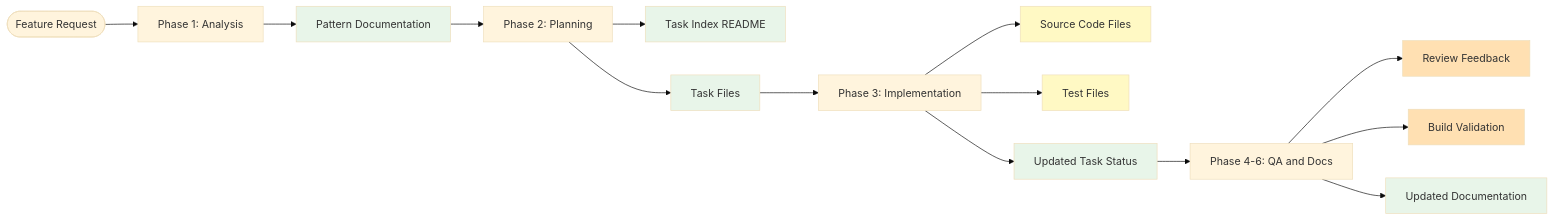
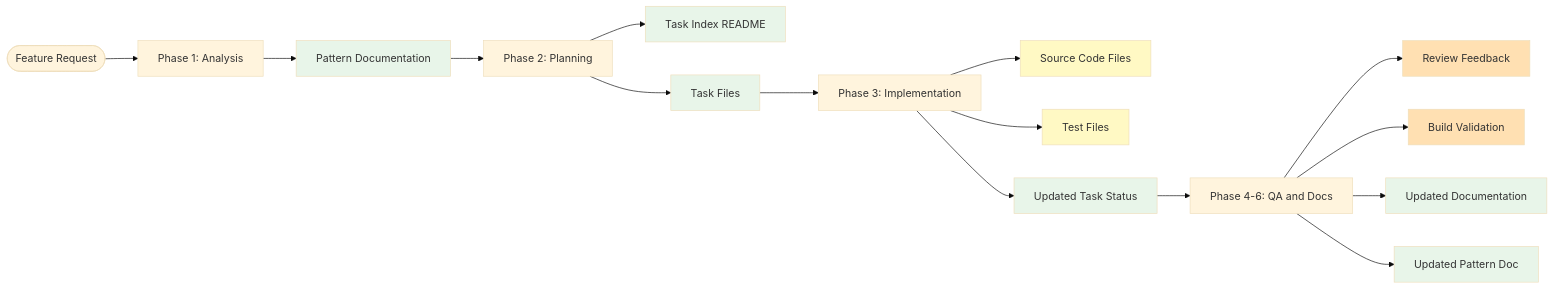
Before and after one commit to jesusidev/dotfiles: the third of 3 diagrams in opencode/.config/opencode/workflow-diagram.md, drawn with Mermaid (base theme). The commit also changed other lines of this file and 1 other file, not shown here.

First line of the commit message:
feat(opencode): update pattern documentation during documentation phase

````diff
--- a/opencode/.config/opencode/workflow-diagram.md
+++ b/opencode/.config/opencode/workflow-diagram.md
@@ -102,29 +104,31 @@
 ```mermaid
 flowchart LR
     Start([Feature Request]) --> P1[Phase 1: Analysis]
     P1 --> A1[Pattern Documentation]
     
     A1 --> P2[Phase 2: Planning]
     P2 --> A2[Task Index README]
     P2 --> A3[Task Files]
     
     A3 --> P3[Phase 3: Implementation]
     P3 --> A4[Source Code Files]
     P3 --> A5[Test Files]
     P3 --> A6[Updated Task Status]
     
     A6 --> P4[Phase 4-6: QA and Docs]
     P4 --> A7[Review Feedback]
     P4 --> A8[Build Validation]
     P4 --> A9[Updated Documentation]
+    P4 --> A10[Updated Pattern Doc]
     
     style A1 fill:#e8f5e9
     style A2 fill:#e8f5e9
     style A3 fill:#e8f5e9
     style A4 fill:#fff9c4
     style A5 fill:#fff9c4
     style A6 fill:#e8f5e9
     style A7 fill:#ffe0b2
     style A8 fill:#ffe0b2
     style A9 fill:#e8f5e9
+    style A10 fill:#e8f5e9
 ```
````
